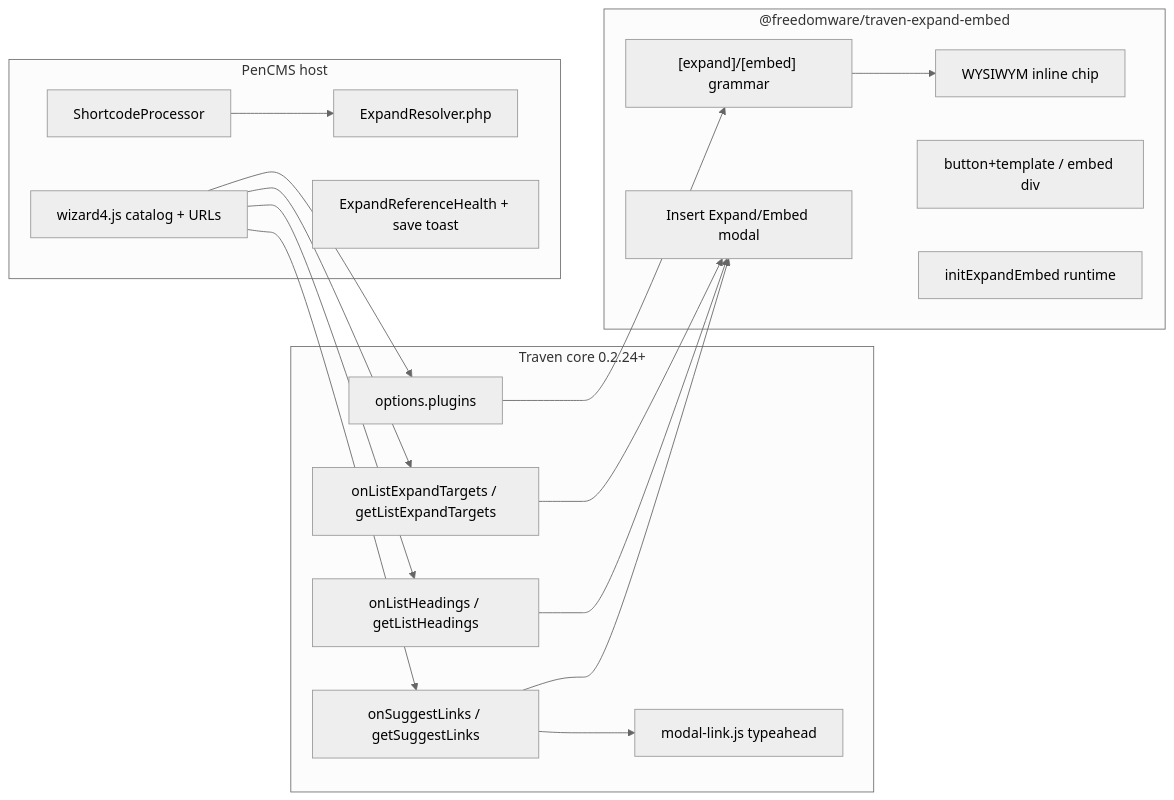
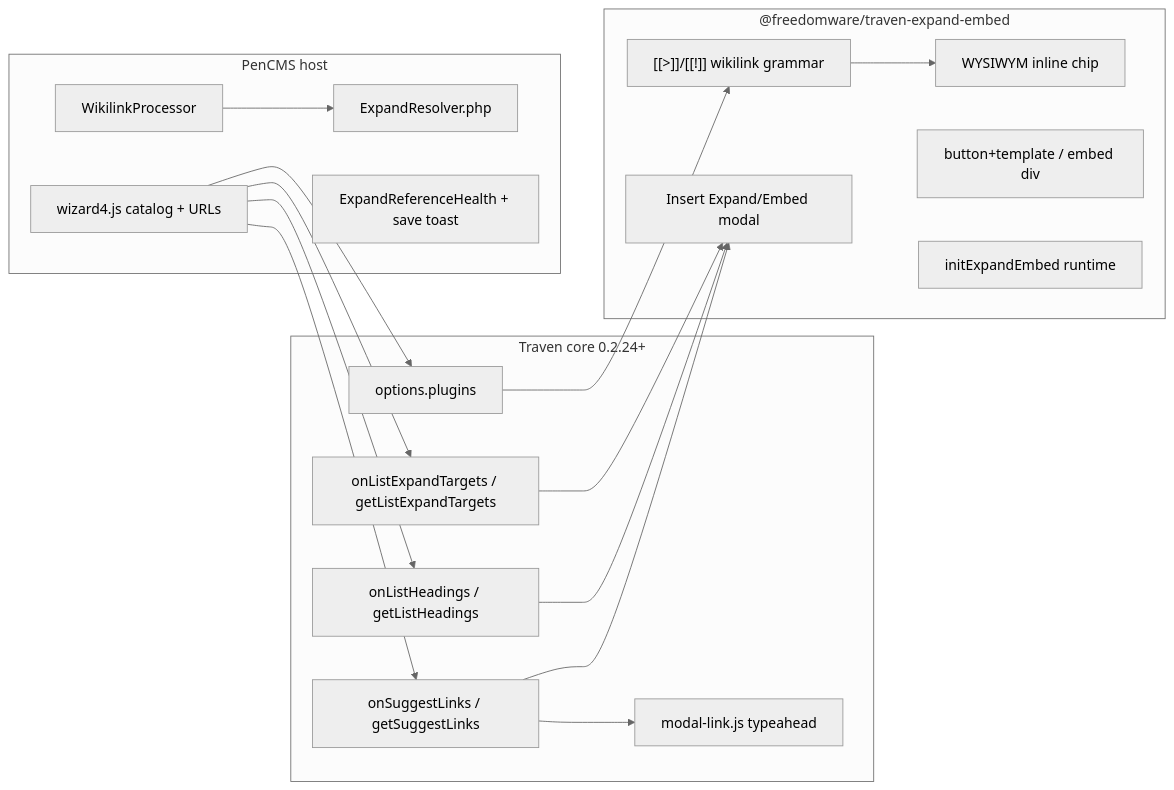
Before and after one commit to slpstream/pencms: the diagram in core/docs/editor-link-suggest-and-expand.md, drawn with Mermaid (neutral theme). The commit also changed other lines of this file and 38 other files, not shown here.

````diff
--- a/core/docs/editor-link-suggest-and-expand.md
+++ b/core/docs/editor-link-suggest-and-expand.md
@@ -16,37 +16,37 @@
 ```mermaid
 flowchart LR
   subgraph travenCore [Traven core 0.2.24+]
     SuggestHook["onSuggestLinks / getSuggestLinks"]
     HeadingsHook["onListHeadings / getListHeadings"]
     TargetsHook["onListExpandTargets / getListExpandTargets"]
     PluginAPI["options.plugins"]
     LinkModal["modal-link.js typeahead"]
   end
 
   subgraph pluginPkg ["@freedomware/traven-expand-embed"]
-    Grammar["[expand]/[embed] grammar"]
+    Grammar["[[>]]/[[!]] wikilink grammar"]
     Card["WYSIWYM inline chip"]
     Shell["button+template / embed div"]
     Runtime["initExpandEmbed runtime"]
     ExpandModal["Insert Expand/Embed modal"]
   end
 
   subgraph pencms [PenCMS host]
     Wizard["wizard4.js catalog + URLs"]
     Resolver["ExpandResolver.php"]
-    Shortcodes["ShortcodeProcessor"]
+    Shortcodes["WikilinkProcessor"]
     Health["ExpandReferenceHealth + save toast"]
   end
 
   SuggestHook --> LinkModal
   SuggestHook --> ExpandModal
   HeadingsHook --> ExpandModal
   TargetsHook --> ExpandModal
   Wizard --> SuggestHook
   Wizard --> HeadingsHook
   Wizard --> TargetsHook
   PluginAPI --> Grammar
   Grammar --> Card
   Wizard --> PluginAPI
   Shortcodes --> Resolver
 ```
````
